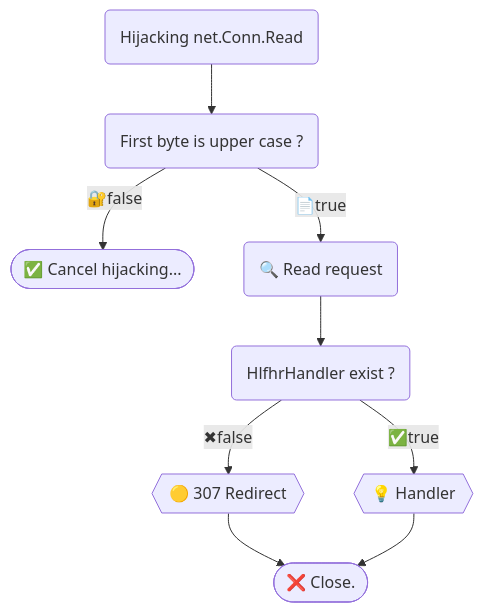
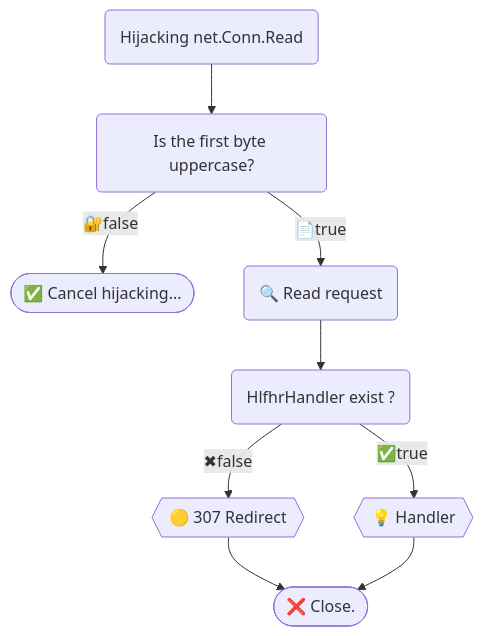
Before and after one commit to bddjr/hlfhr: the diagram in README.md, drawn with Mermaid. The commit also changed 1 other file, not shown here.

````diff
--- a/README.md
+++ b/README.md
@@ -54,24 +54,24 @@
 ```mermaid
 flowchart TD
 	Read("Hijacking net.Conn.Read")
 
-	IsUpperCase("First byte is upper case ?")
+	IsUpperCase("Is the first byte uppercase?")
 
 	CancelHijacking(["✅ Cancel hijacking..."])
 
 	ReadRequest("🔍 Read request")
 
 	IsHandlerExist("HlfhrHandler exist ?")
 
 	Redirect{{"🟡 307 Redirect"}}
 
 	Handler{{"💡 Handler"}}
 
 	Close(["❌ Close."])
 
     Read --> IsUpperCase
     IsUpperCase -- "🔐false" --> CancelHijacking
     IsUpperCase -- "📄true" --> ReadRequest --> IsHandlerExist
 	IsHandlerExist -- "✖false" --> Redirect --> Close
 	IsHandlerExist -- "✅true" --> Handler --> Close
 ```
````
